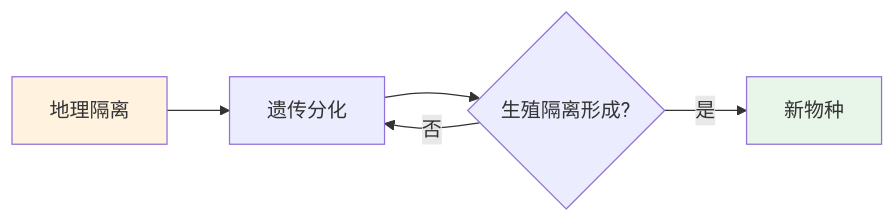
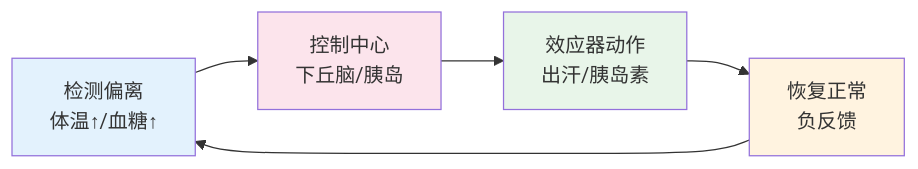
One commit to wxyClark/wxyClark.github.io changed the eighth of 11 diagrams in content/natural-sciences/biology/index.md. Above: the diagram before and after it, drawn with Mermaid. The commit also changed other lines of this file and 11 other files, not shown here.

````diff
--- a/content/natural-sciences/biology/index.md
+++ b/content/natural-sciences/biology/index.md
@@ -174,10 +208,12 @@
 ```mermaid
 flowchart LR
-    A[地理隔离] --> B[遗传分化]
-    B --> C{生殖隔离形成?}
-    C -->|是| D[新物种]
-    C -->|否| B
+    H1[检测偏离<br/>体温↑/血糖↑] --> H2[控制中心<br/>下丘脑/胰岛] 
+    H2 --> H3[效应器动作<br/>出汗/胰岛素] 
+    H3 --> H4[恢复正常<br/>负反馈] 
+    H4 --> H1
     
-    style A fill:#fff3e0
-    style D fill:#e8f5e9
+    style H1 fill:#e3f2fd
+    style H2 fill:#fce4ec
+    style H3 fill:#e8f5e9
+    style H4 fill:#fff3e0
 ```
````
